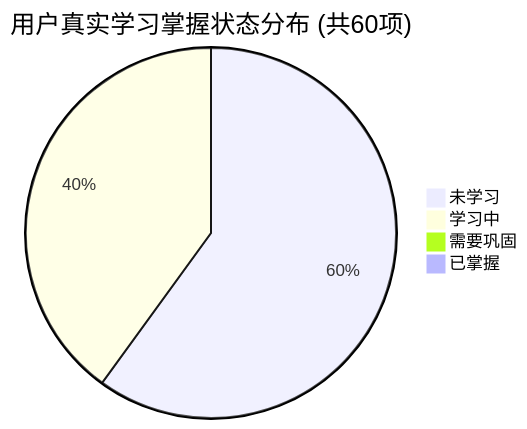
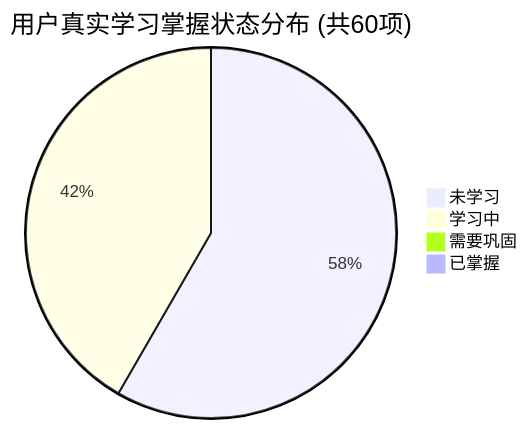
The first of 2 diagrams in PROGRESS.md (tieke1121/tech-interview-knowledge-base), drawn with Mermaid before and after one commit. The commit also changed other lines of this file and 1 other file, not shown here.

````diff
--- a/PROGRESS.md
+++ b/PROGRESS.md
@@ -27,7 +27,7 @@
 ```mermaid
 pie title 用户真实学习掌握状态分布 (共60项)
-    "未学习" : 36
-    "学习中" : 24
+    "未学习" : 35
+    "学习中" : 25
     "需要巩固" : 0
     "已掌握" : 0
 ```
````
